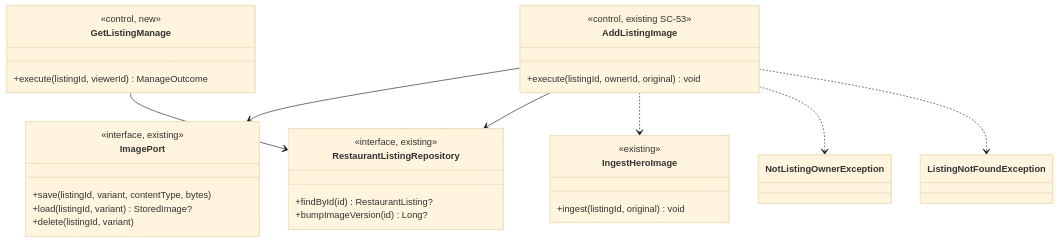
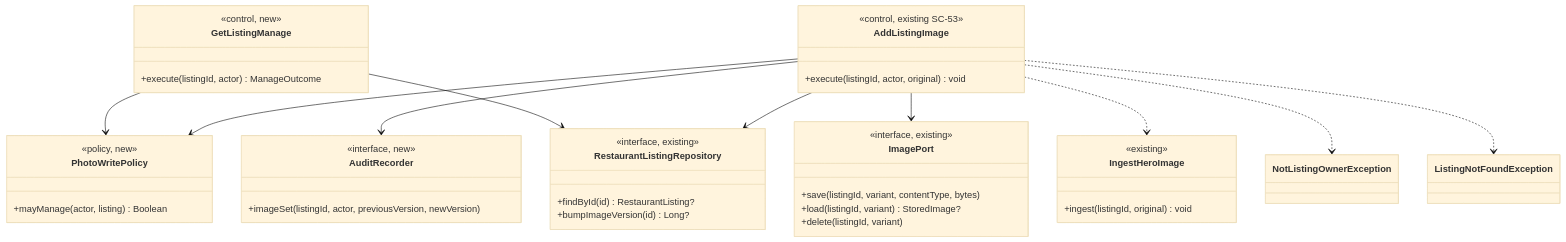
The fourth of 5 diagrams in docs/features/SC-205/05-class-diagram-system.md (Losers-Lab/tahirs-list), drawn with Mermaid (base theme) before and after one commit. The commit also changed other lines of this file and 8 other files, not shown here.

````diff
--- a/docs/features/SC-205/05-class-diagram-system.md
+++ b/docs/features/SC-205/05-class-diagram-system.md
@@ -89,35 +105,46 @@
 ```mermaid
 classDiagram
   class AddListingImage {
     <<control, existing SC-53>>
-    +execute(listingId, ownerId, original) void
+    +execute(listingId, actor, original) void
   }
   class GetListingManage {
     <<control, new>>
-    +execute(listingId, viewerId) ManageOutcome
+    +execute(listingId, actor) ManageOutcome
+  }
+  class PhotoWritePolicy {
+    <<policy, new>>
+    +mayManage(actor, listing) Boolean
+  }
+  class AuditRecorder {
+    <<interface, new>>
+    +imageSet(listingId, actor, previousVersion, newVersion)
   }
   class IngestHeroImage {
     <<existing>>
     +ingest(listingId, original) void
   }
   class ImagePort {
     <<interface, existing>>
     +save(listingId, variant, contentType, bytes)
     +load(listingId, variant) StoredImage?
     +delete(listingId, variant)
   }
   class RestaurantListingRepository {
     <<interface, existing>>
     +findById(id) RestaurantListing?
     +bumpImageVersion(id) Long?
   }
   class NotListingOwnerException
   class ListingNotFoundException
 
+  AddListingImage --> PhotoWritePolicy
+  AddListingImage --> AuditRecorder
+  GetListingManage --> PhotoWritePolicy
   AddListingImage --> ImagePort
   AddListingImage --> RestaurantListingRepository
   AddListingImage ..> IngestHeroImage
   AddListingImage ..> NotListingOwnerException
   AddListingImage ..> ListingNotFoundException
   GetListingManage --> RestaurantListingRepository
 ```
````
